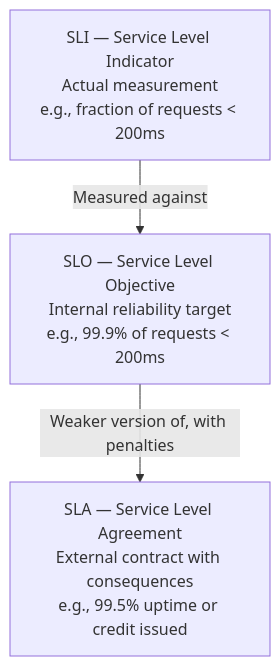
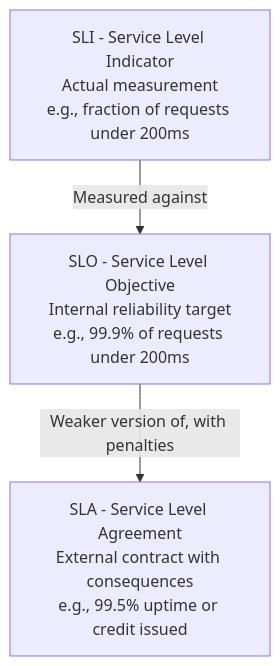
The fourth of 5 diagrams in system-design/part-3-architecture-patterns/ch17-monitoring-observability.md (bachdx2812/dev-learning-hub), drawn with Mermaid before and after one commit. The commit also changed other lines of this file and 11 other files, not shown here.

First line of the commit message:
fix: resolve Mermaid rendering issues and broken links

````diff
--- a/system-design/part-3-architecture-patterns/ch17-monitoring-observability.md
+++ b/system-design/part-3-architecture-patterns/ch17-monitoring-observability.md
@@ -225,9 +225,9 @@
 ```mermaid
 graph TD
-    SLI["SLI — Service Level Indicator\nActual measurement\ne.g., fraction of requests < 200ms"]
-    SLO["SLO — Service Level Objective\nInternal reliability target\ne.g., 99.9% of requests < 200ms"]
-    SLA["SLA — Service Level Agreement\nExternal contract with consequences\ne.g., 99.5% uptime or credit issued"]
+    SLI["SLI - Service Level Indicator\nActual measurement\ne.g., fraction of requests under 200ms"]
+    SLO["SLO - Service Level Objective\nInternal reliability target\ne.g., 99.9% of requests under 200ms"]
+    SLA["SLA - Service Level Agreement\nExternal contract with consequences\ne.g., 99.5% uptime or credit issued"]
 
     SLI -->|Measured against| SLO
     SLO -->|Weaker version of, with penalties| SLA
 ```
````
